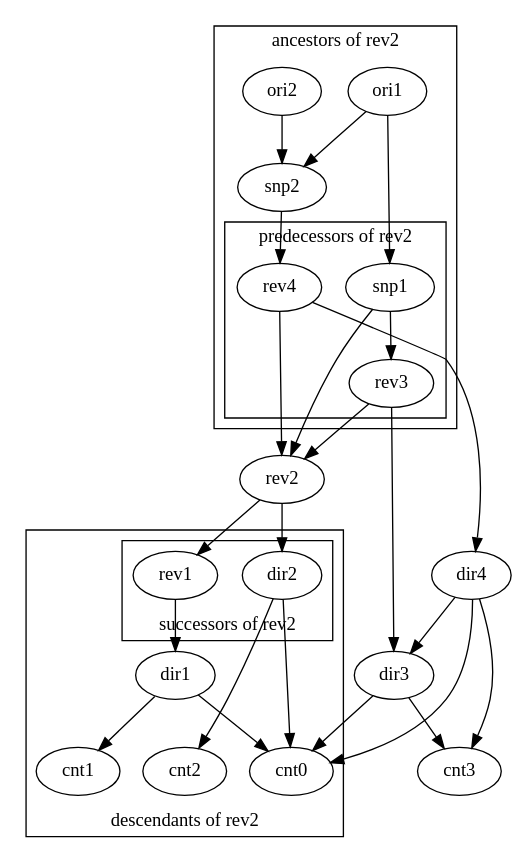
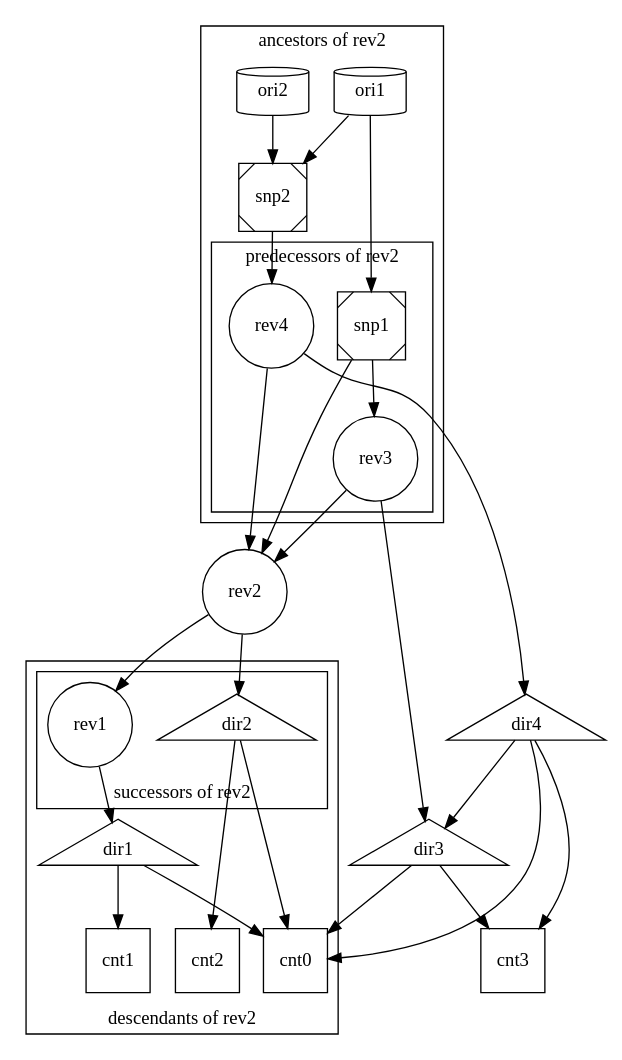
Before and after one commit to SoftwareHeritage/swh-graph: the diagram in docs/images/node_relations.dot, drawn with Graphviz. The commit also changed 1 other file, not shown here.

```diff
--- a/docs/images/node_relations.dot
+++ b/docs/images/node_relations.dot
@@ -1,67 +1,74 @@
 digraph {
     subgraph cluster_ancestors {
         label = "ancestors of rev2"
 
         subgraph {
             rank = same;
             ori1; ori2;
         }
 
         snp2;
 
         subgraph cluster_predecessors {
             label = "predecessors of rev2";
             rank = same;
-            rev3; rev4; snp1
+            rev3; rev4;
+            snp1;
         }
     }
 
     subgraph cluster_descendants {
         label = "descendants of rev2"
         labelloc = "b" // bottom, for summetry with ancestors
 
         subgraph cluster_successors {
             label = "successors of rev2"
             labelloc = "b" // bottom, for symmetry with predecessors
             rank = same;
 
             rev1;
             dir2;
         }
 
         dir1;
 
         subgraph {
             rank = same;
             cnt0; cnt1; cnt2;
         }
 
     }
+
+    ori1, ori2 [shape=cylinder];
+    snp1, snp2 [shape=Msquare];
+    rev1, rev2, rev3, rev4 [shape=circle];
+    dir1, dir2, dir3, dir4 [shape=triangle];
+    cnt0, cnt1, cnt2, cnt3 [shape=square];
 
     ori1 -> snp1
     ori1 -> snp2
     ori2 -> snp2
 
     rev4 -> rev2
     rev3 -> rev2
     rev2 -> rev1
     snp1 -> rev2
     snp1 -> rev3
     snp2 -> rev4
 
     rev4 -> dir4
     rev3 -> dir3
     rev2 -> dir2
     rev1 -> dir1
 
     dir4 -> cnt0
     dir4 -> dir3
     dir3 -> cnt0
     dir2 -> cnt0
     dir1 -> cnt0
 
     dir4 -> cnt3
     dir3 -> cnt3
     dir2 -> cnt2
     dir1 -> cnt1
 }
```
